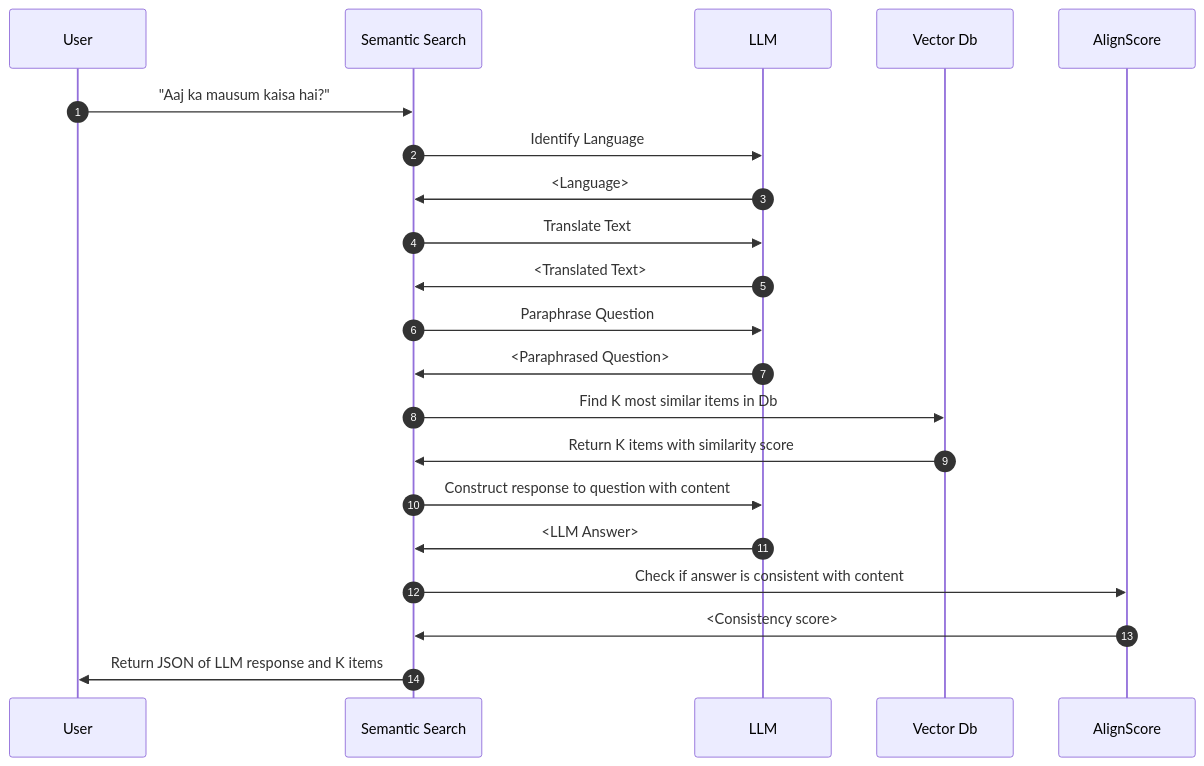
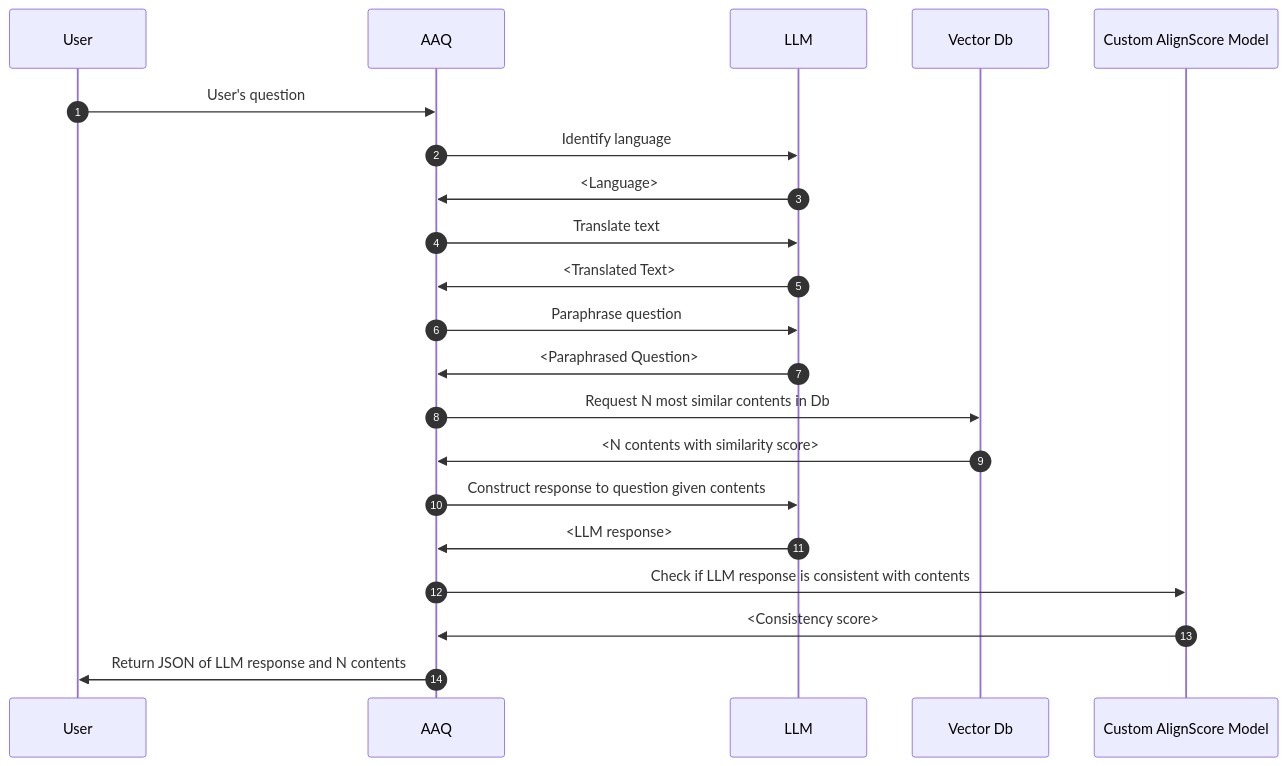
One commit to IDinsight/ask-a-question changed the second of 2 diagrams in docs/components/qa-service/llm-response.md. Above: the diagram before and after it, drawn with Mermaid. The commit also changed other lines of this file and 1 other file, not shown here.

Commit message:
Fix inaccuracy/confusion in mermaid sequence diagrams

````diff
--- a/docs/components/qa-service/llm-response.md
+++ b/docs/components/qa-service/llm-response.md
@@ -39,19 +41,19 @@
 ``` mermaid
 sequenceDiagram
   autonumber
-  User->>Semantic Search: "Aaj ka mausum kaisa hai?"
-  Semantic Search->>LLM: Identify Language
-  LLM->>Semantic Search: <Language>
-  Semantic Search->>LLM: Translate Text
-  LLM->>Semantic Search: <Translated Text>
-  Semantic Search->>LLM: Paraphrase Question
-  LLM->>Semantic Search: <Paraphrased Question>
-  Semantic Search->>Vector Db: Find K most similar items in Db
-  Vector Db->>Semantic Search: Return K items with similarity score
-  Semantic Search->>LLM: Construct response to question with content
-  LLM->>Semantic Search: <LLM Answer>
-  Semantic Search->>AlignScore: Check if answer is consistent with content
-  AlignScore->>Semantic Search: <Consistency score>
-  Semantic Search->>User: Return JSON of LLM response and K items
+  User->>AAQ: User's question
+  AAQ->>LLM: Identify language
+  LLM->>AAQ: <Language>
+  AAQ->>LLM: Translate text
+  LLM->>AAQ: <Translated Text>
+  AAQ->>LLM: Paraphrase question
+  LLM->>AAQ: <Paraphrased Question>
+  AAQ->>Vector Db: Request N most similar contents in Db
+  Vector Db->>AAQ: <N contents with similarity score>
+  AAQ->>LLM: Construct response to question given contents
+  LLM->>AAQ: <LLM response>
+  AAQ->>Custom AlignScore Model: Check if LLM response is consistent with contents
+  Custom AlignScore Model ->>AAQ: <Consistency score>
+  AAQ->>User: Return JSON of LLM response and N contents
 
 ```
````
